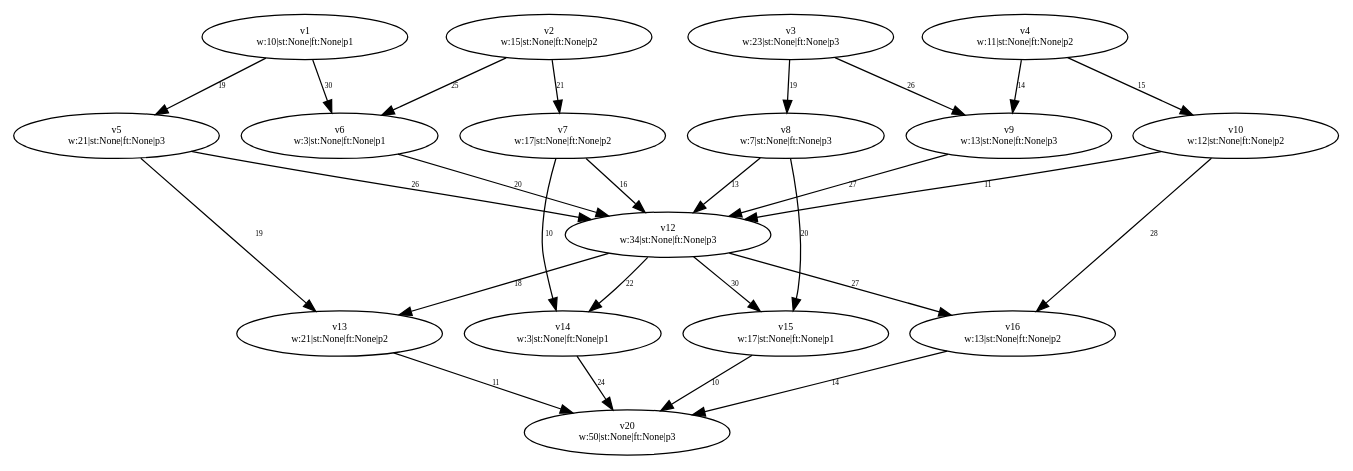
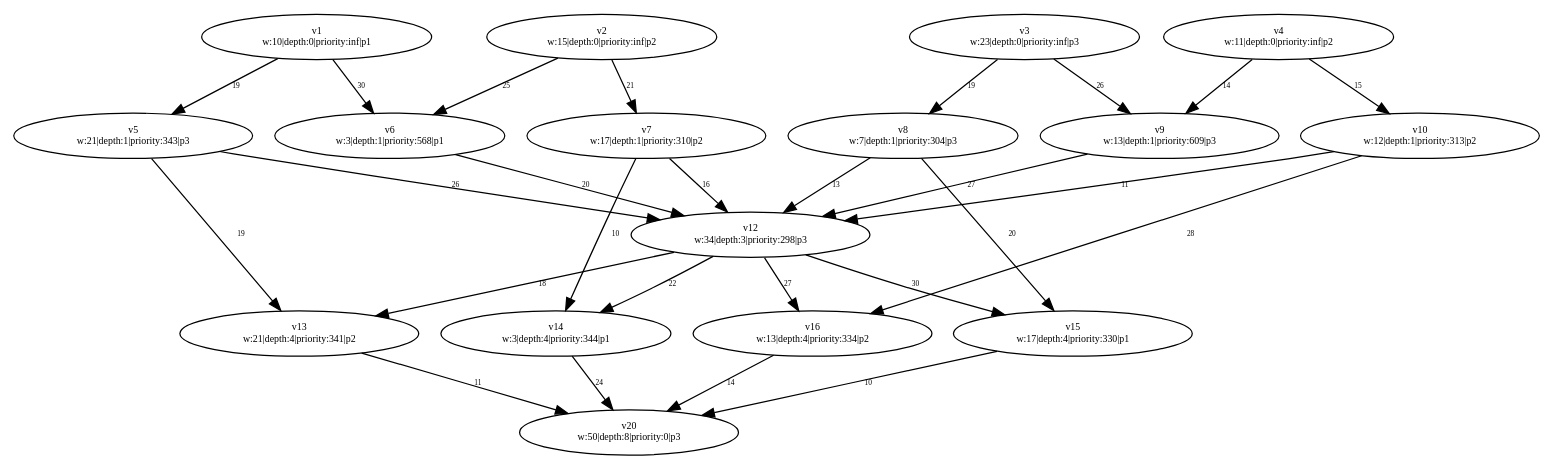
One commit to dexters1/Task-Scheduling-Based-on-Genetic-Algorithms changed the diagram in PythonApplication1/PythonApplication1/test-output/slika_9_Simplified.gv. Above: the diagram before and after it, drawn with Graphviz. The commit also changed 42 other files, not shown here.

Commit message:
Ostaje unitTestiranje za citav Graph i Processor module

```diff
--- a/PythonApplication1/PythonApplication1/test-output/slika_9_Simplified.gv
+++ b/PythonApplication1/PythonApplication1/test-output/slika_9_Simplified.gv
@@ -1,60 +1,60 @@
 digraph {
 	v1 [label="v1
-w:10|st:None|ft:None|p1" fontsize=8.0]
+w:10|depth:0|priority:inf|p1" fontsize=8.0]
 	v2 [label="v2
-w:15|st:None|ft:None|p2" fontsize=8.0]
+w:15|depth:0|priority:inf|p2" fontsize=8.0]
 	v3 [label="v3
-w:23|st:None|ft:None|p3" fontsize=8.0]
+w:23|depth:0|priority:inf|p3" fontsize=8.0]
 	v4 [label="v4
-w:11|st:None|ft:None|p2" fontsize=8.0]
+w:11|depth:0|priority:inf|p2" fontsize=8.0]
+	v9 [label="v9
+w:13|depth:1|priority:609|p3" fontsize=8.0]
+	v6 [label="v6
+w:3|depth:1|priority:568|p1" fontsize=8.0]
 	v5 [label="v5
-w:21|st:None|ft:None|p3" fontsize=8.0]
-	v6 [label="v6
-w:3|st:None|ft:None|p1" fontsize=8.0]
+w:21|depth:1|priority:343|p3" fontsize=8.0]
+	v10 [label="v10
+w:12|depth:1|priority:313|p2" fontsize=8.0]
 	v7 [label="v7
-w:17|st:None|ft:None|p2" fontsize=8.0]
+w:17|depth:1|priority:310|p2" fontsize=8.0]
 	v8 [label="v8
-w:7|st:None|ft:None|p3" fontsize=8.0]
-	v9 [label="v9
-w:13|st:None|ft:None|p3" fontsize=8.0]
-	v10 [label="v10
-w:12|st:None|ft:None|p2" fontsize=8.0]
+w:7|depth:1|priority:304|p3" fontsize=8.0]
 	v12 [label="v12
-w:34|st:None|ft:None|p3" fontsize=8.0]
+w:34|depth:3|priority:298|p3" fontsize=8.0]
+	v14 [label="v14
+w:3|depth:4|priority:344|p1" fontsize=8.0]
 	v13 [label="v13
-w:21|st:None|ft:None|p2" fontsize=8.0]
-	v14 [label="v14
-w:3|st:None|ft:None|p1" fontsize=8.0]
+w:21|depth:4|priority:341|p2" fontsize=8.0]
+	v16 [label="v16
+w:13|depth:4|priority:334|p2" fontsize=8.0]
 	v15 [label="v15
-w:17|st:None|ft:None|p1" fontsize=8.0]
-	v16 [label="v16
-w:13|st:None|ft:None|p2" fontsize=8.0]
+w:17|depth:4|priority:330|p1" fontsize=8.0]
 	v20 [label="v20
-w:50|st:None|ft:None|p3" fontsize=8.0]
+w:50|depth:8|priority:0|p3" fontsize=8.0]
 	v1 -> v5 [label=19 constraint=true fontsize=6.0]
 	v1 -> v6 [label=30 constraint=true fontsize=6.0]
 	v2 -> v6 [label=25 constraint=true fontsize=6.0]
 	v2 -> v7 [label=21 constraint=true fontsize=6.0]
 	v3 -> v8 [label=19 constraint=true fontsize=6.0]
 	v3 -> v9 [label=26 constraint=true fontsize=6.0]
 	v4 -> v9 [label=14 constraint=true fontsize=6.0]
 	v4 -> v10 [label=15 constraint=true fontsize=6.0]
 	v5 -> v13 [label=19 constraint=true fontsize=6.0]
 	v7 -> v14 [label=10 constraint=true fontsize=6.0]
 	v8 -> v15 [label=20 constraint=true fontsize=6.0]
 	v10 -> v16 [label=28 constraint=true fontsize=6.0]
 	v12 -> v13 [label=18 constraint=true fontsize=6.0]
 	v12 -> v14 [label=22 constraint=true fontsize=6.0]
 	v12 -> v15 [label=30 constraint=true fontsize=6.0]
 	v12 -> v16 [label=27 constraint=true fontsize=6.0]
 	v5 -> v12 [label=26 constraint=true fontsize=6.0]
 	v6 -> v12 [label=20 constraint=true fontsize=6.0]
 	v7 -> v12 [label=16 constraint=true fontsize=6.0]
 	v8 -> v12 [label=13 constraint=true fontsize=6.0]
 	v9 -> v12 [label=27 constraint=true fontsize=6.0]
 	v10 -> v12 [label=11 constraint=true fontsize=6.0]
 	v13 -> v20 [label=11 constraint=true fontsize=6.0]
 	v14 -> v20 [label=24 constraint=true fontsize=6.0]
 	v15 -> v20 [label=10 constraint=true fontsize=6.0]
 	v16 -> v20 [label=14 constraint=true fontsize=6.0]
 }
```
